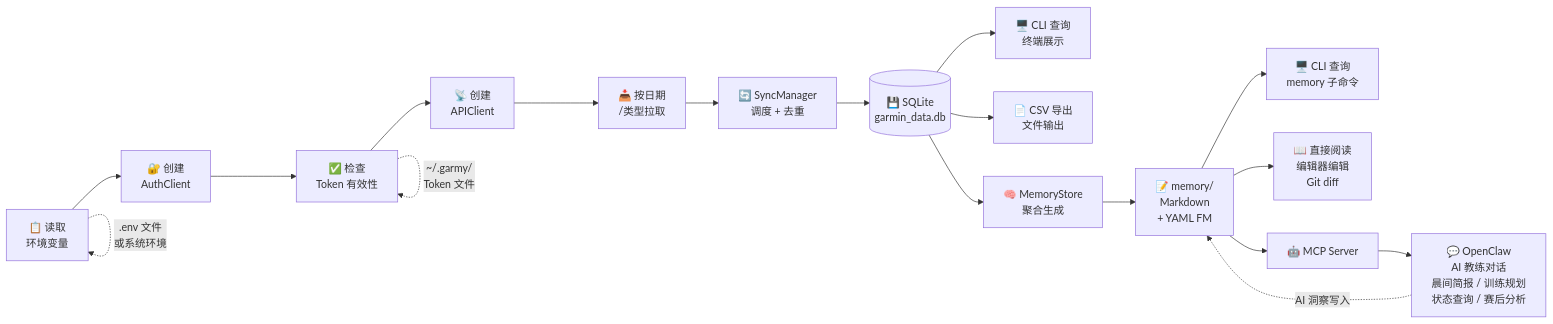
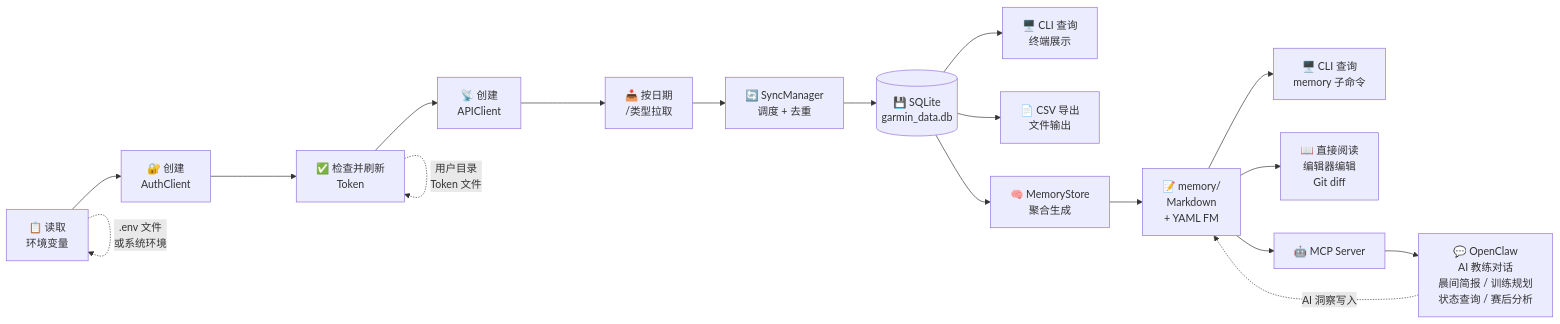
The first of 7 diagrams in docs/design/05-data-flow.md (qd1993102/rundown), drawn with Mermaid before and after one commit. The commit also changed other lines of this file and 25 other files, not shown here.

````diff
--- a/docs/design/05-data-flow.md
+++ b/docs/design/05-data-flow.md
@@ -11,23 +11,23 @@
 ```mermaid
 graph LR
     A["📋 读取<br/>环境变量"] --> B["🔐 创建<br/>AuthClient"]
-    B --> C["✅ 检查<br/>Token 有效性"]
+    B --> C["✅ 检查并刷新<br/>Token"]
     C --> D["📡 创建<br/>APIClient"]
     D --> E["📥 按日期<br/>/类型拉取"]
     E --> F["🔄 SyncManager<br/>调度 + 去重"]
     F --> G[("💾 SQLite<br/>garmin_data.db")]
 
     G --> H["🖥️ CLI 查询<br/>终端展示"]
     G --> I["📄 CSV 导出<br/>文件输出"]
     G --> J["🧠 MemoryStore<br/>聚合生成"]
     J --> K["📝 memory/<br/>Markdown<br/>+ YAML FM"]
 
     K --> L["🖥️ CLI 查询<br/>memory 子命令"]
     K --> M["📖 直接阅读<br/>编辑器编辑<br/>Git diff"]
     K --> N["🤖 MCP Server"]
     N --> O["💬 OpenClaw<br/>AI 教练对话<br/>晨间简报 / 训练规划<br/>状态查询 / 赛后分析"]
     O -.->|"AI 洞察写入"| K
 
     A -.->|".env 文件<br/>或系统环境"| A
-    C -.->|"~/.garmy/<br/>Token 文件"| C
+    C -.->|"用户目录<br/>Token 文件"| C
 ```
````
